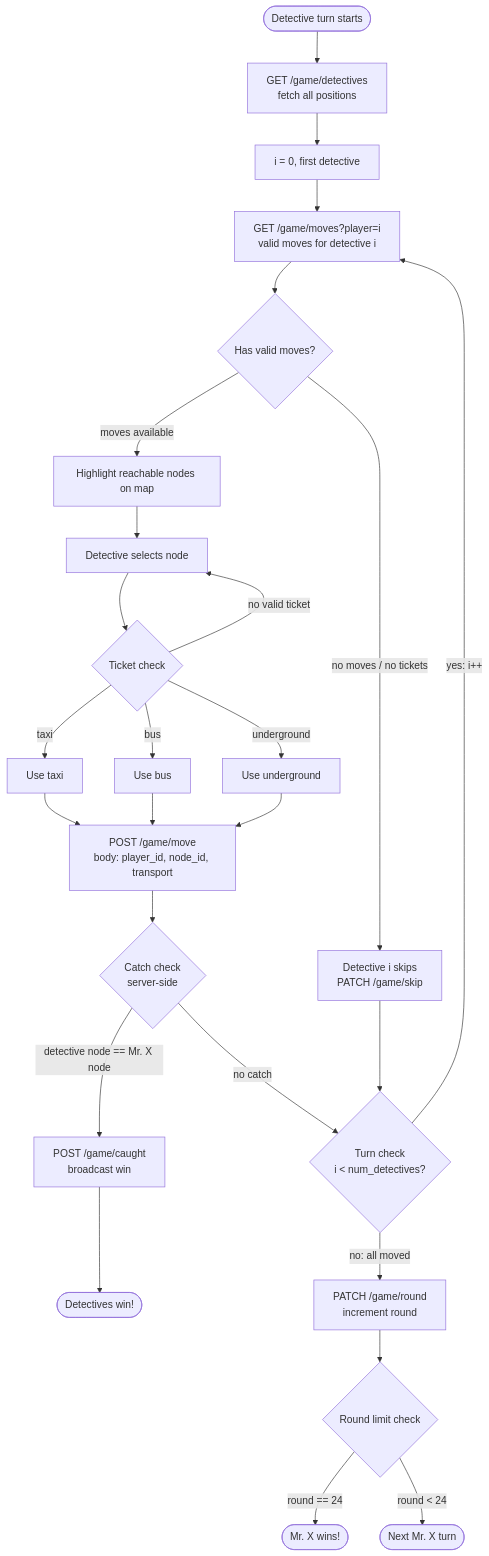
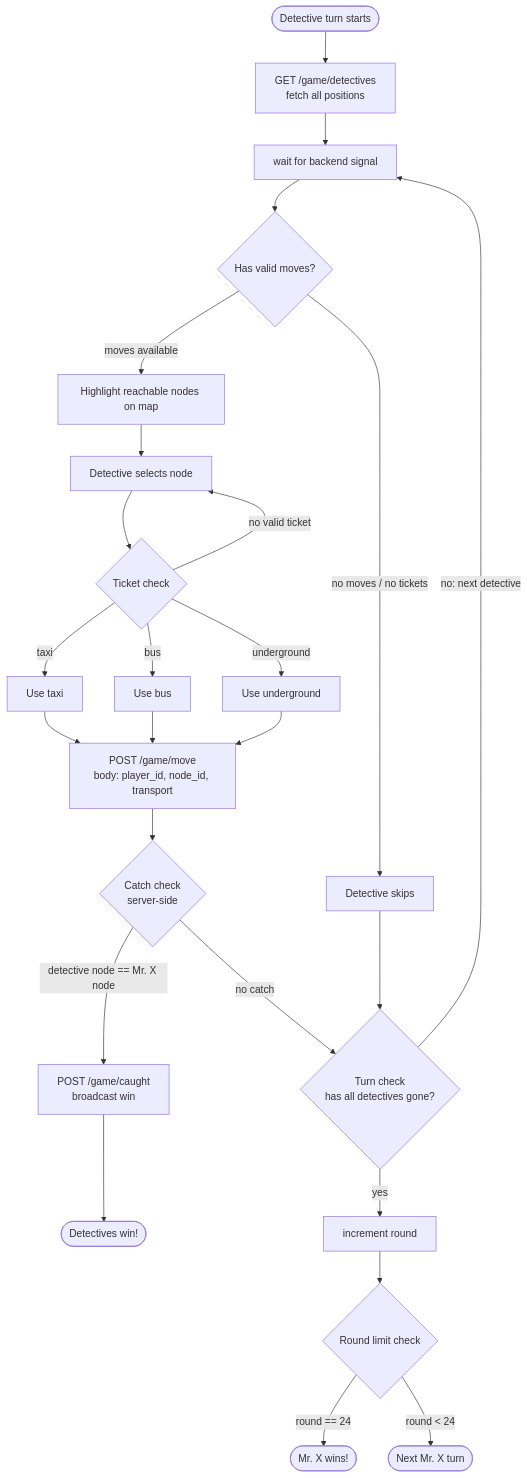
One commit to Ming-Bao/Scotland-Yard changed the third of 3 diagrams in documentation/plans/state_diagrams.md. Above: the diagram before and after it, drawn with Mermaid. The commit also changed other lines of this file, not shown here.

Commit message:
updates detective flowchart

````diff
--- a/documentation/plans/state_diagrams.md
+++ b/documentation/plans/state_diagrams.md
@@ -79,27 +79,26 @@
 ``` mermaid
 flowchart TD
     A([Detective turn starts]) --> A1[GET /game/detectives\nfetch all positions]
-    A1 --> B[i = 0, first detective]
-    B --> C[GET /game/moves?player=i\nvalid moves for detective i]
-    C --> D{Has valid moves?}
-    D -- no moves / no tickets --> E[Detective i skips\nPATCH /game/skip]
+    A1 --> B[wait for backend signal]
+    B --> D{Has valid moves?}
+    D -- no moves / no tickets --> E[Detective skips]
     D -- moves available --> F[Highlight reachable nodes on map]
     F --> G[Detective selects node]
     G --> H{Ticket check}
     H -- taxi --> I1[Use taxi]
     H -- bus --> I2[Use bus]
     H -- underground --> I3[Use underground]
     H -- no valid ticket --> G
     I1 & I2 & I3 --> J[POST /game/move\nbody: player_id, node_id, transport]
     J --> K{Catch check\nserver-side}
     K -- detective node == Mr. X node --> L[POST /game/caught\nbroadcast win]
     L --> M([Detectives win!])
-    K -- no catch --> N{Turn check\ni < num_detectives?}
+    K -- no catch --> N{Turn check\nhas all detectives gone?}
     E --> N
-    N -- yes: i++ --> C
-    N -- no: all moved --> O[PATCH /game/round\nincrement round]
+    N -- no: next detective --> B
+    N -- yes --> O[increment round]
     O --> P{Round limit check}
     P -- round == 24 --> Q([Mr. X wins!])
     P -- round < 24 --> R([Next Mr. X turn])
   
 ```
````
